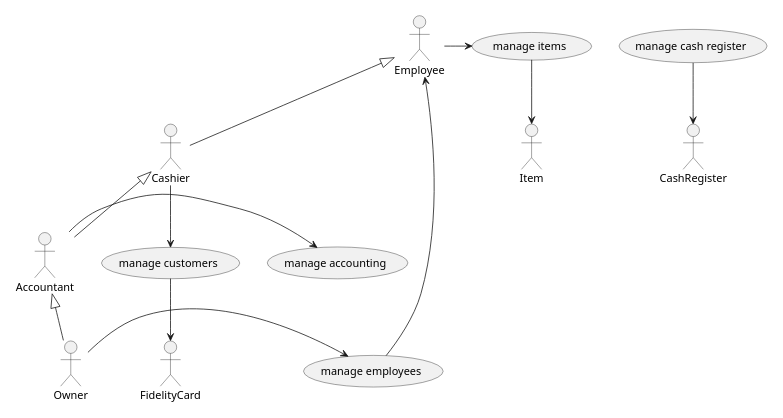
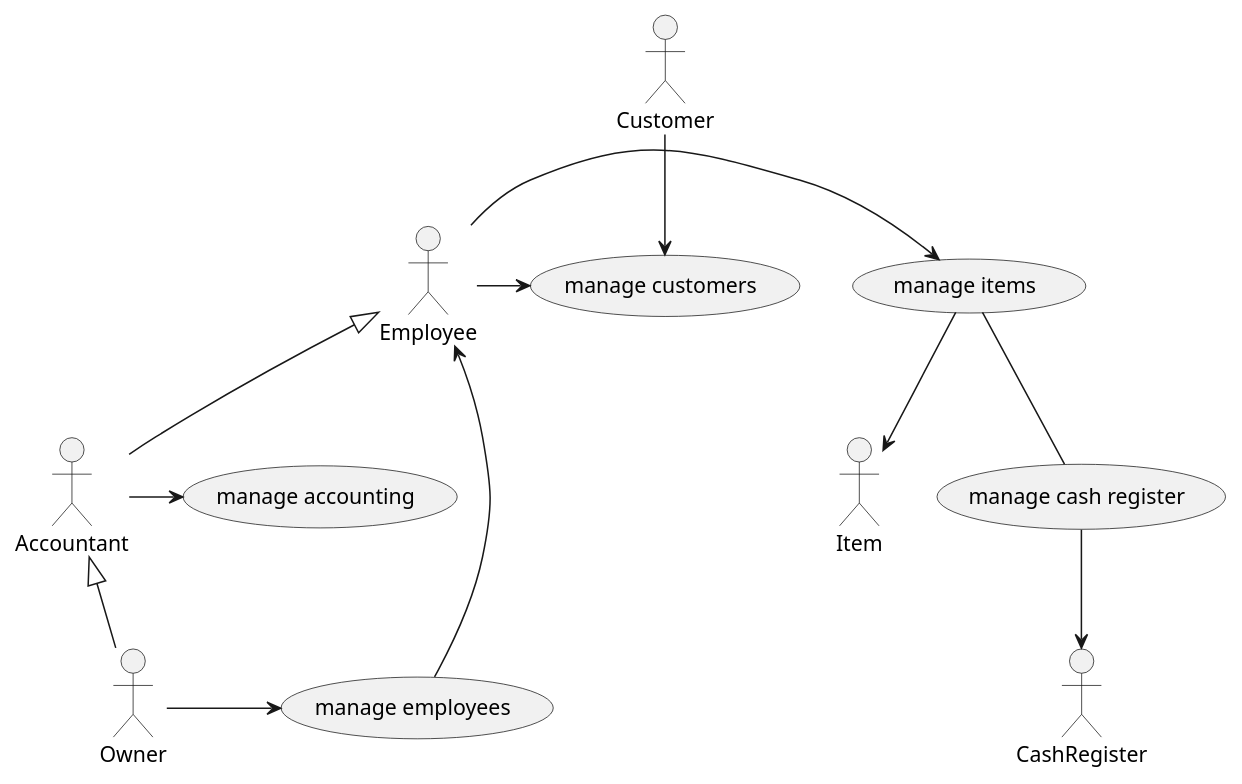
Before and after one commit to djemar/softeng_ezshop: the second of 3 diagrams in Deliverables/RequirementsDocument.md, drawn with PlantUML. The commit also changed other lines of this file, not shown here.

````diff
--- a/Deliverables/RequirementsDocument.md
+++ b/Deliverables/RequirementsDocument.md
@@ -207,21 +213,21 @@
 ```plantuml
-scale 500 width
 actor Owner as o
 actor Employee as e
 actor CashRegister as ca
 actor Item as i
 actor Accountant as acc
-actor FidelityCard as fc
-actor Cashier as c
+actor Customer as cu
+
 acc -> (manage accounting)
 e -> (manage items)
 (manage items) --> i
+(manage items) -- (manage cash register)
 (manage cash register) --> ca
-c --> (manage customers)
-(manage customers) --> fc
+e -> (manage customers)
+cu --> (manage customers)
 o -> (manage employees)
 (manage employees) -> e
 o -up-|> acc
-acc -up-|> c
-c -up-|> e
+acc -up-|> e
+
 ```
````
